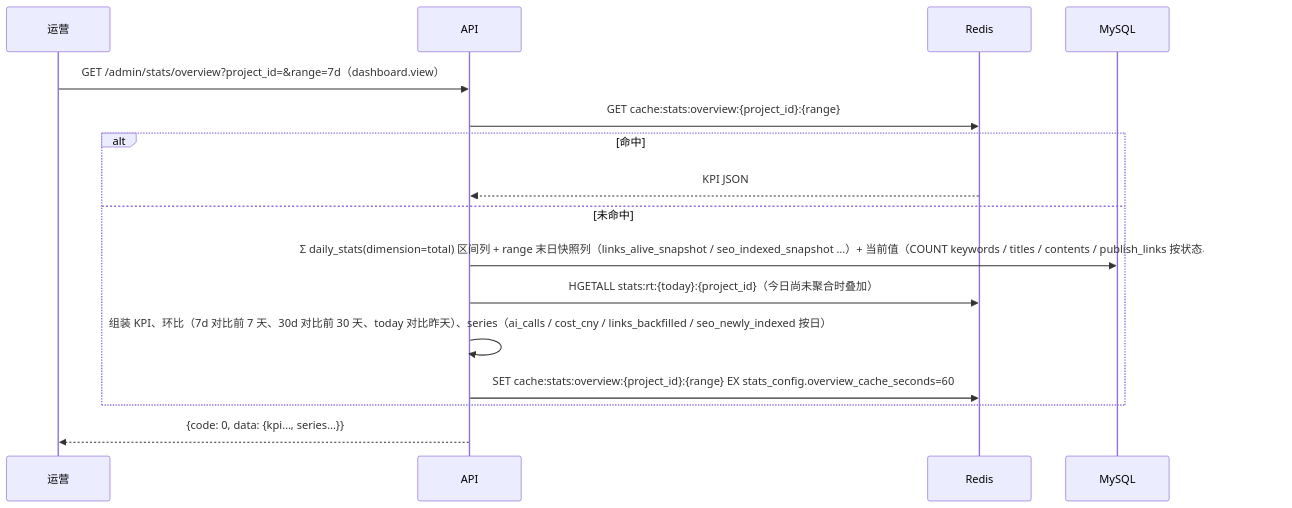
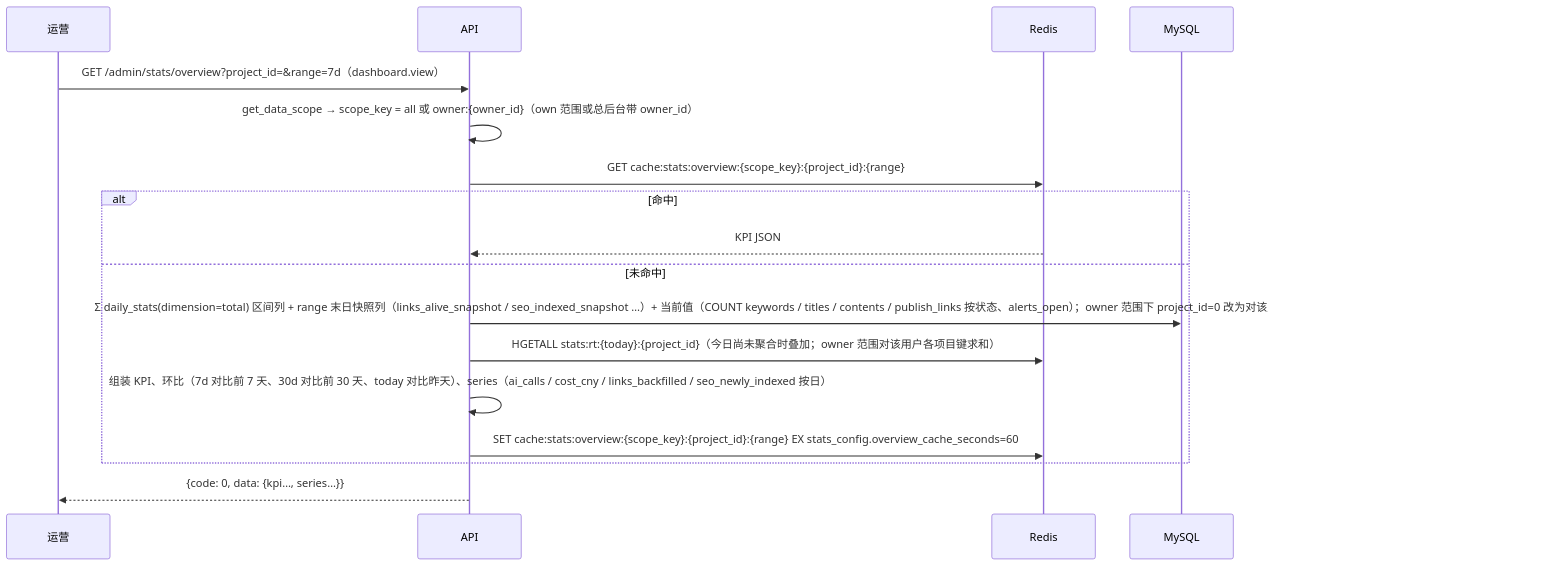
One commit to itrongsheng/aicreat changed the eighth of 10 diagrams in docs/01-architecture.md. Above: the diagram before and after it, drawn with Mermaid. The commit also changed other lines of this file and 14 other files, not shown here.

````diff
--- a/docs/01-architecture.md
+++ b/docs/01-architecture.md
@@ -329,19 +329,20 @@
 ```mermaid
 sequenceDiagram
     participant U as 运营
     participant A as API
     participant R as Redis
     participant D as MySQL
 
     U->>A: GET /admin/stats/overview?project_id=&range=7d（dashboard.view）
-    A->>R: GET cache:stats:overview:{project_id}:{range}
+    A->>A: get_data_scope → scope_key = all 或 owner:{owner_id}（own 范围或总后台带 owner_id）
+    A->>R: GET cache:stats:overview:{scope_key}:{project_id}:{range}
     alt 命中
         R-->>A: KPI JSON
     else 未命中
-        A->>D: Σ daily_stats(dimension=total) 区间列 + range 末日快照列（links_alive_snapshot / seo_indexed_snapshot …）+ 当前值（COUNT keywords / titles / contents / publish_links 按状态、alerts_open）
-        A->>R: HGETALL stats:rt:{today}:{project_id}（今日尚未聚合时叠加）
+        A->>D: Σ daily_stats(dimension=total) 区间列 + range 末日快照列（links_alive_snapshot / seo_indexed_snapshot …）+ 当前值（COUNT keywords / titles / contents / publish_links 按状态、alerts_open）；owner 范围下 project_id=0 改为对该用户各项目行求和、当前值附加 project_id IN (该用户项目)
+        A->>R: HGETALL stats:rt:{today}:{project_id}（今日尚未聚合时叠加；owner 范围对该用户各项目键求和）
         A->>A: 组装 KPI、环比（7d 对比前 7 天、30d 对比前 30 天、today 对比昨天）、series（ai_calls / cost_cny / links_backfilled / seo_newly_indexed 按日）
-        A->>R: SET cache:stats:overview:{project_id}:{range} EX stats_config.overview_cache_seconds=60
+        A->>R: SET cache:stats:overview:{scope_key}:{project_id}:{range} EX stats_config.overview_cache_seconds=60
     end
     A-->>U: {code: 0, data: {kpi…, series…}}
 ```
````
